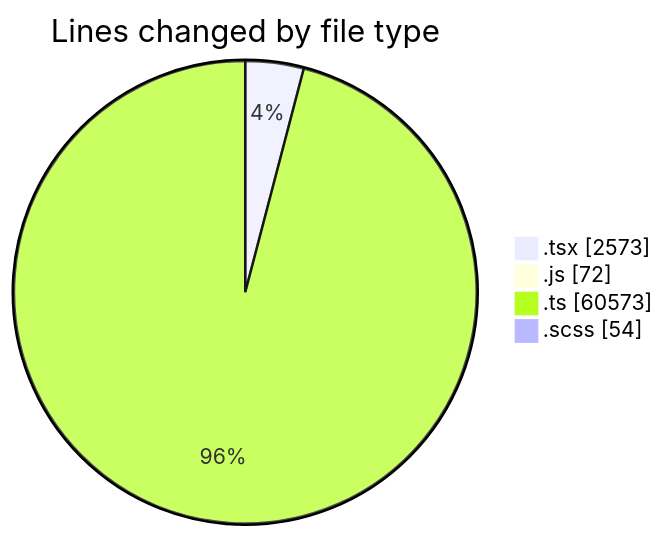
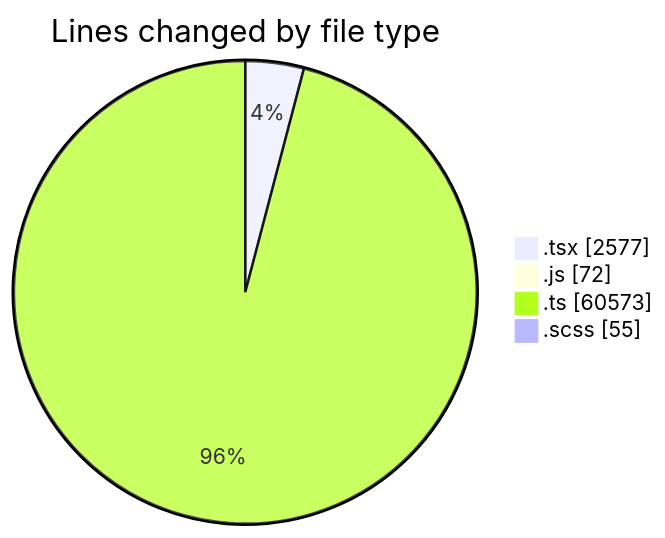
Before and after one commit to momahboobian/code-tracking: the first of 2 diagrams in 2026-09-25/cda/README.md, drawn with Mermaid. The commit also changed other lines of this file and 1 other file, not shown here.

````diff
--- a/2026-09-25/cda/README.md
+++ b/2026-09-25/cda/README.md
@@ -51,8 +51,8 @@
 ```mermaid
 pie showData
 title Lines changed by file type
-".tsx" : 2573
+".tsx" : 2577
 ".js" : 72
 ".ts" : 60573
-".scss" : 54
+".scss" : 55
 ```
````
